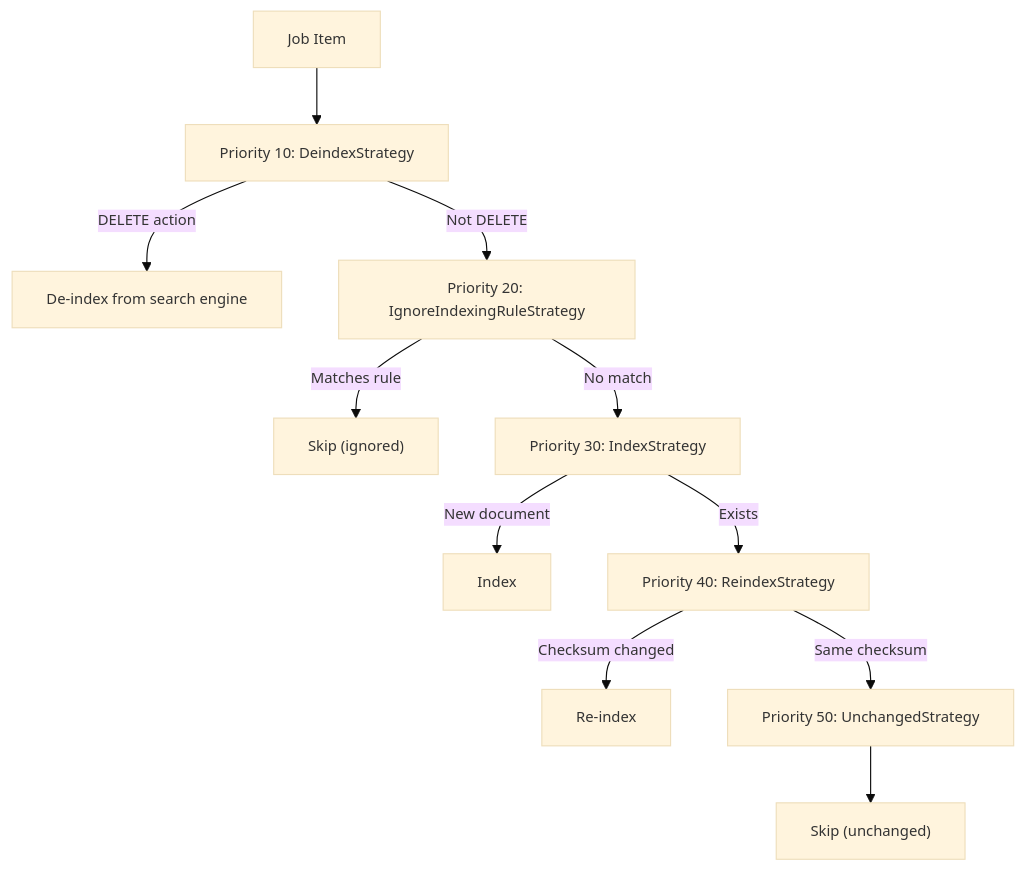
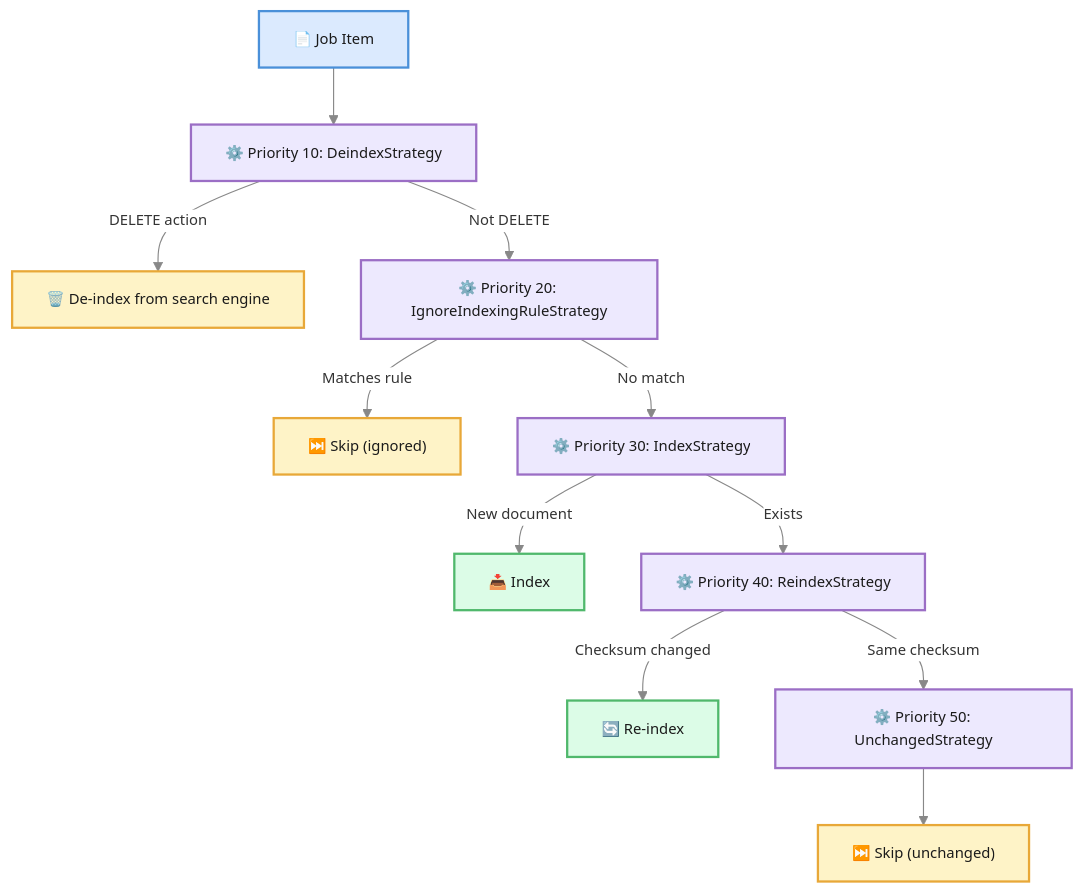
Before and after one commit to openviglet/docs: the diagram in diagrams/dumont-strategy-flow.mmd, drawn with Mermaid. The commit also changed 49 other files, not shown here.

First line of the commit message:
Standardize Mermaid diagrams and conventions

```diff
--- a/diagrams/dumont-strategy-flow.mmd
+++ b/diagrams/dumont-strategy-flow.mmd
@@ -1,12 +1,22 @@
-%%{init: {'theme': 'base', 'themeVariables': {'fontSize': '13px'}}}%%
+%%{init: {'theme': 'base', 'themeVariables': {'fontSize': '13px', 'primaryColor': '#fff', 'primaryBorderColor': '#c0c0c0', 'lineColor': '#888', 'textColor': '#333'}}}%%
 graph TD
-    ITEM["Job Item"] --> S1["Priority 10: DeindexStrategy"]
-    S1 -->|"DELETE action"| DEL["De-index from search engine"]
-    S1 -->|"Not DELETE"| S2["Priority 20: IgnoreIndexingRuleStrategy"]
-    S2 -->|"Matches rule"| IGN["Skip (ignored)"]
-    S2 -->|"No match"| S3["Priority 30: IndexStrategy"]
-    S3 -->|"New document"| IDX["Index"]
-    S3 -->|"Exists"| S4["Priority 40: ReindexStrategy"]
-    S4 -->|"Checksum changed"| REIDX["Re-index"]
-    S4 -->|"Same checksum"| S5["Priority 50: UnchangedStrategy"]
-    S5 --> SKIP["Skip (unchanged)"]
+    ITEM["📄 Job Item"] --> S1["⚙️ Priority 10: DeindexStrategy"]
+    S1 -->|"DELETE action"| DEL["🗑️ De-index from search engine"]
+    S1 -->|"Not DELETE"| S2["⚙️ Priority 20: IgnoreIndexingRuleStrategy"]
+    S2 -->|"Matches rule"| IGN["⏭️ Skip (ignored)"]
+    S2 -->|"No match"| S3["⚙️ Priority 30: IndexStrategy"]
+    S3 -->|"New document"| IDX["📥 Index"]
+    S3 -->|"Exists"| S4["⚙️ Priority 40: ReindexStrategy"]
+    S4 -->|"Checksum changed"| REIDX["🔄 Re-index"]
+    S4 -->|"Same checksum"| S5["⚙️ Priority 50: UnchangedStrategy"]
+    S5 --> SKIP["⏭️ Skip (unchanged)"]
+
+    classDef blue fill:#dbeafe,stroke:#4A90D9,stroke-width:2px,color:#1a1a1a
+    classDef green fill:#dcfce7,stroke:#50B86C,stroke-width:2px,color:#1a1a1a
+    classDef purple fill:#ede9fe,stroke:#9B6EC5,stroke-width:2px,color:#1a1a1a
+    classDef amber fill:#fef3c7,stroke:#E8A838,stroke-width:2px,color:#1a1a1a
+
+    class ITEM blue
+    class S1,S2,S3,S4,S5 purple
+    class IDX,REIDX green
+    class DEL,IGN,SKIP amber
```
